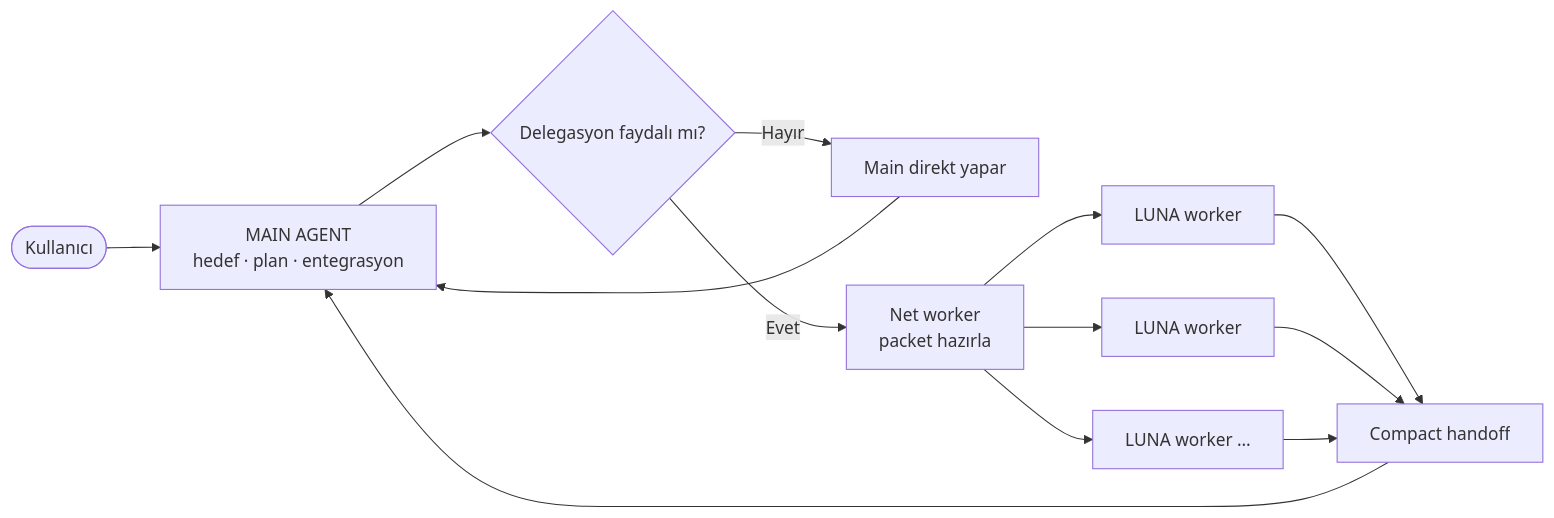
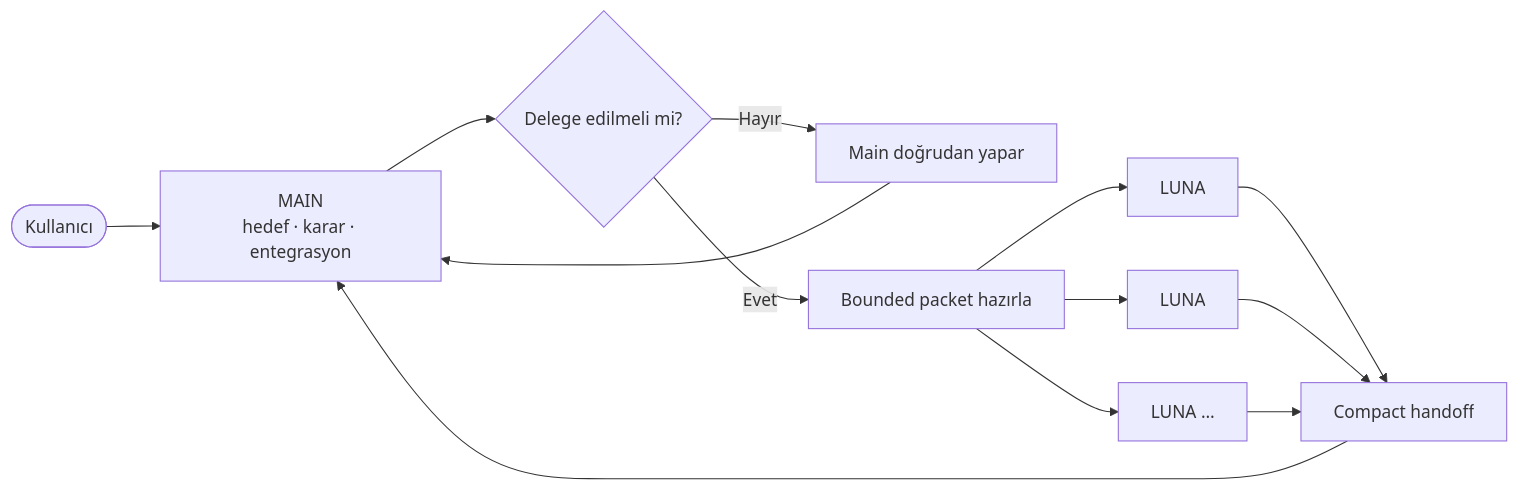
The diagram in README_TR.md (HakanBabus/AgentMaxxing), drawn with Mermaid before and after one commit. The commit also changed other lines of this file and 1 other file, not shown here.

````diff
--- a/README_TR.md
+++ b/README_TR.md
@@ -30,15 +27,15 @@
 ```mermaid
 flowchart LR
-    U([Kullanıcı]) --> M["MAIN AGENT<br/>hedef · plan · entegrasyon"]
-    M --> R{"Delegasyon faydalı mı?"}
-    R -- Hayır --> D["Main direkt yapar"]
-    R -- Evet --> P["Net worker<br/>packet hazırla"]
-    P --> W1["LUNA worker"]
-    P --> W2["LUNA worker"]
-    P --> WN["LUNA worker …"]
-    W1 --> H["Compact handoff"]
+    U([Kullanıcı]) --> M["MAIN<br/>hedef · karar · entegrasyon"]
+    M --> R{"Delege edilmeli mi?"}
+    R -- Hayır --> D[Main doğrudan yapar]
+    R -- Evet --> P[Bounded packet hazırla]
+    P --> W1[LUNA]
+    P --> W2[LUNA]
+    P --> WN["LUNA …"]
+    W1 --> H[Compact handoff]
     W2 --> H
     WN --> H
     H --> M
     D --> M
 ```
````
